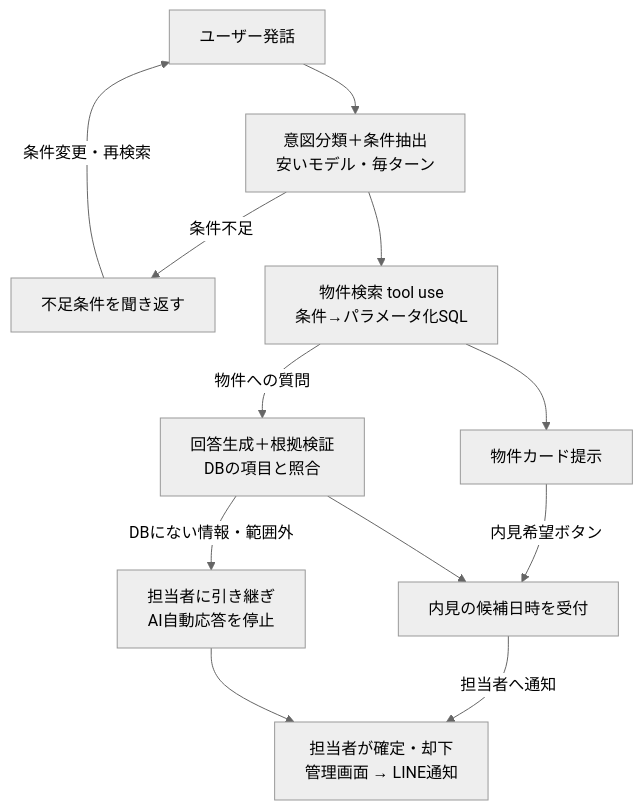
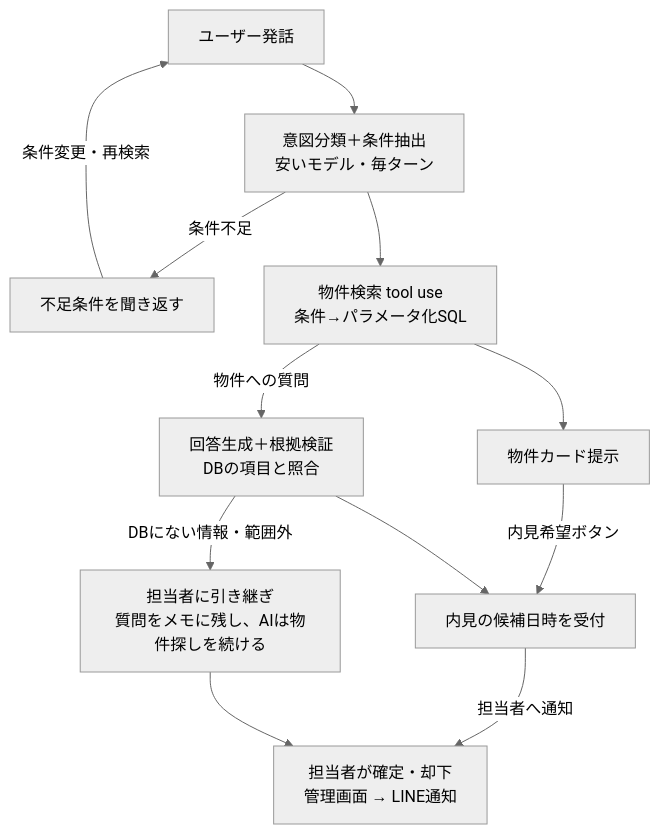
Before and after one commit to KfkaK/line-rental-inquiry-agent: the diagram in DESIGN.md, drawn with Mermaid (neutral theme). The commit also changed other lines of this file and 2 other files, not shown here.

````diff
--- a/DESIGN.md
+++ b/DESIGN.md
@@ -74,14 +74,14 @@
 ```mermaid
 flowchart TD
     U[ユーザー発話] --> C[意図分類＋条件抽出<br/>安いモデル・毎ターン]
     C -- 条件不足 --> A[不足条件を聞き返す]
     A -- 条件変更・再検索 --> U
     C --> S[物件検索 tool use<br/>条件→パラメータ化SQL]
     S --> P[物件カード提示]
     S -- 物件への質問 --> G[回答生成＋根拠検証<br/>DBの項目と照合]
-    G -- DBにない情報・範囲外 --> H[担当者に引き継ぎ<br/>AI自動応答を停止]
+    G -- DBにない情報・範囲外 --> H[担当者に引き継ぎ<br/>質問をメモに残し、AIは物件探しを続ける]
     P -- 内見希望ボタン --> B[内見の候補日時を受付]
     G --> B
     B -- 担当者へ通知 --> K[担当者が確定・却下<br/>管理画面 → LINE通知]
     H --> K
 ```
````
